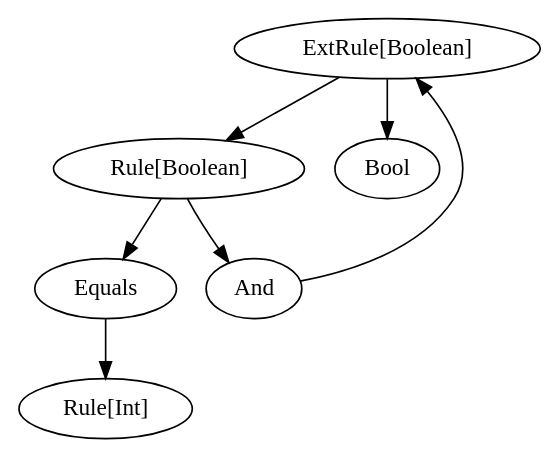
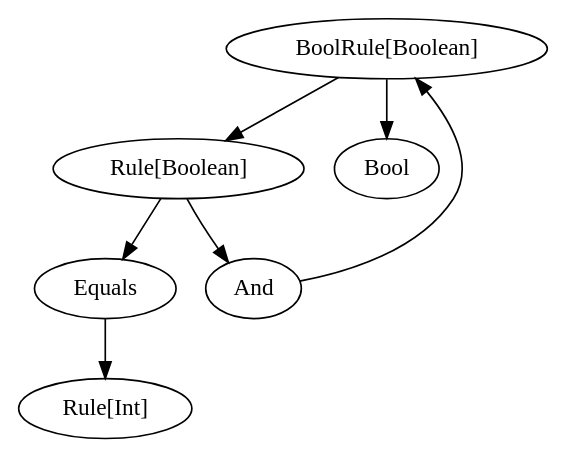
One commit to nrinaudo/dsl-tagless changed the diagram in src/main/graphviz/deserialise-bug-wat-3.dot. Above: the diagram before and after it, drawn with Graphviz. The commit also changed 21 other files, not shown here.

Commit message:
Rename ExtRule to BoolRule

```diff
--- a/src/main/graphviz/deserialise-bug-wat-3.dot
+++ b/src/main/graphviz/deserialise-bug-wat-3.dot
@@ -1,18 +1,18 @@
 digraph {
     splines=true
 
-    ExtRuleBool[label="ExtRule[Boolean]" class="operator,disabled"]
+    BoolRuleBool[label="BoolRule[Boolean]" class="operator,disabled"]
     RuleBool[label="Rule[Boolean]" class="operator"]
     RuleInt[label="Rule[Int]" class="operator,disabled"]
     And[class="disabled"]
     Equals[class="disabled"]
     Bool[class="disabled"]
 
-    ExtRuleBool -> RuleBool[class="relies,disabled"]
-    ExtRuleBool -> Bool[class="disabled"]
+    BoolRuleBool -> RuleBool[class="relies,disabled"]
+    BoolRuleBool -> Bool[class="disabled"]
     Equals -> RuleInt[class="relies,disabled"]
     RuleBool -> And[class="disabled"]
     RuleBool -> Equals[class="disabled"]
     And -> RuleBool[class="relies" style="invis"]
-    And -> ExtRuleBool[class="relies,disabled"]
+    And -> BoolRuleBool[class="relies,disabled"]
 }
```
